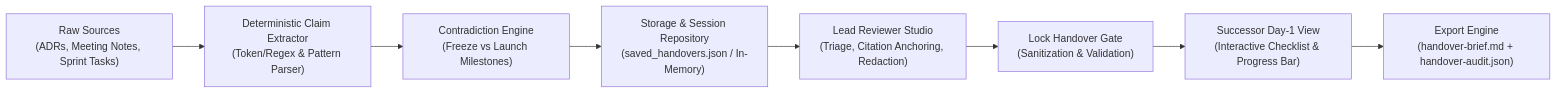
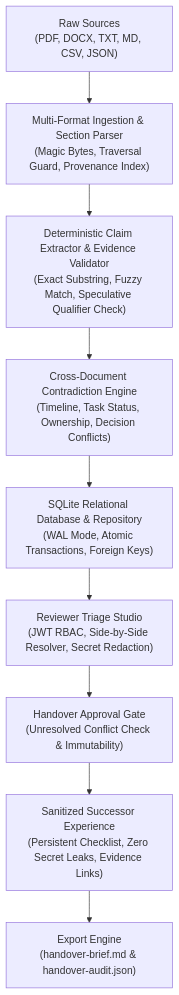
The diagram in README.md (Omkar2007patil/CODEFRONTIER_HACKATHON), drawn with Mermaid before and after one commit. The commit also changed other lines of this file and 38 other files, not shown here.

Commit message:
feat(round3): competition-ready knowledge handover platform with multi-format ingestion, cross-document conflict engine, backend-enforced RBAC, server-side secret redaction, and persistent successor checklist

````diff
--- a/README.md
+++ b/README.md
@@ -25,10 +27,11 @@
 ```mermaid
-flowchart LR
-    A["Raw Sources\n(ADRs, Meeting Notes, Sprint Tasks)"] --> B["Deterministic Claim Extractor\n(Token/Regex & Pattern Parser)"]
-    B --> C["Contradiction Engine\n(Freeze vs Launch Milestones)"]
-    C --> D["Storage & Session Repository\n(saved_handovers.json / In-Memory)"]
-    D --> E["Lead Reviewer Studio\n(Triage, Citation Anchoring, Redaction)"]
-    E --> F["Lock Handover Gate\n(Sanitization & Validation)"]
-    F --> G["Successor Day-1 View\n(Interactive Checklist & Progress Bar)"]
-    G --> H["Export Engine\n(handover-brief.md + handover-audit.json)"]
+flowchart TD
+    A["Raw Sources\n(PDF, DOCX, TXT, MD, CSV, JSON)"] --> B["Multi-Format Ingestion & Section Parser\n(Magic Bytes, Traversal Guard, Provenance Index)"]
+    B --> C["Deterministic Claim Extractor & Evidence Validator\n(Exact Substring, Fuzzy Match, Speculative Qualifier Check)"]
+    C --> D["Cross-Document Contradiction Engine\n(Timeline, Task Status, Ownership, Decision Conflicts)"]
+    D --> E["SQLite Relational Database & Repository\n(WAL Mode, Atomic Transactions, Foreign Keys)"]
+    E --> F["Reviewer Triage Studio\n(JWT RBAC, Side-by-Side Resolver, Secret Redaction)"]
+    F --> G["Handover Approval Gate\n(Unresolved Conflict Check & Immutability)"]
+    G --> H["Sanitized Successor Experience\n(Persistent Checklist, Zero Secret Leaks, Evidence Links)"]
+    H --> I["Export Engine\n(handover-brief.md & handover-audit.json)"]
 ```
````
